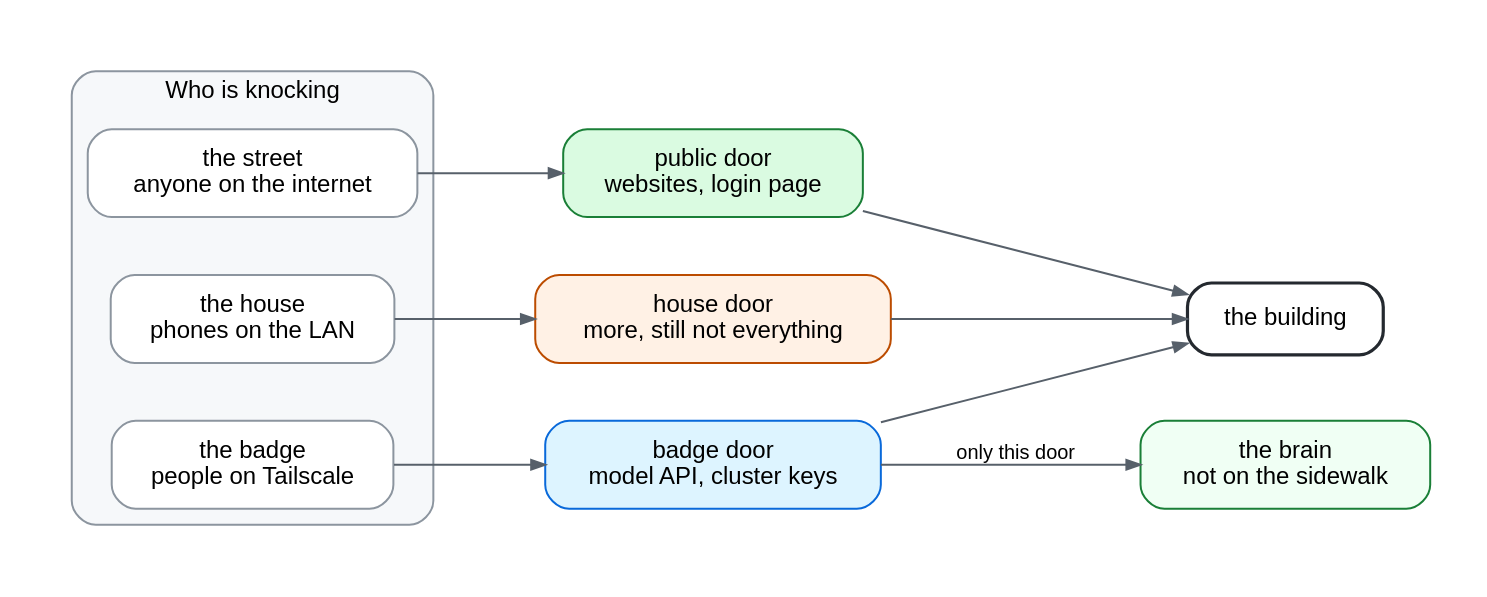
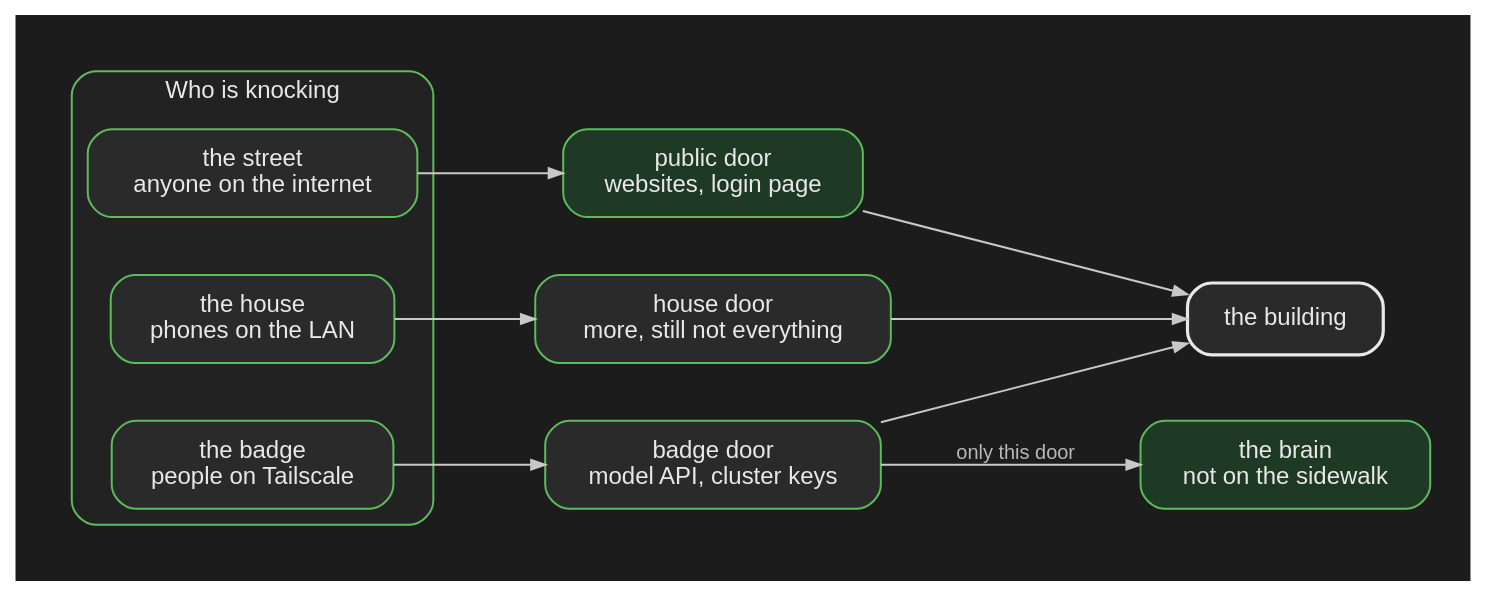
The diagram in content/post/self-hosting-an-ai-cdn/three-doors.dot (rajsinghtech/portfolio), drawn with Graphviz before and after one commit. The commit also changed 29 other files, not shown here.

First line of the commit message:
Dark-mode diagrams, city map cover, plus CNPG and Kopiur

```diff
--- a/content/post/self-hosting-an-ai-cdn/three-doors.dot
+++ b/content/post/self-hosting-an-ai-cdn/three-doors.dot
@@ -1,32 +1,33 @@
 digraph doors {
   graph [
-    rankdir=LR, splines=spline, bgcolor="#ffffff",
-    fontname="Helvetica", fontsize=12, pad=0.28, nodesep=0.4, ranksep=0.8
+    rankdir=LR, splines=spline, bgcolor="#1c1c1c",
+    fontname="Helvetica", fontsize=12, pad=0.28, nodesep=0.4, ranksep=0.8,
+    fontcolor="#e8e8e8"
   ];
   node [fontname="Helvetica", fontsize=12, shape=box, style="filled,rounded",
-        fillcolor="#ffffff", color="#8c959f", margin="0.20,0.12"];
-  edge [fontname="Helvetica", fontsize=10, color="#57606a", arrowsize=0.7];
+        fillcolor="#2a2a2a", color="#5dba5d", fontcolor="#e8e8e8", margin="0.20,0.12"];
+  edge [fontname="Helvetica", fontsize=10, color="#c8c8c8", fontcolor="#b8b8b8", arrowsize=0.7];
 
   subgraph cluster_who {
     label="Who is knocking";
-    style="rounded,filled"; fillcolor="#f6f8fa"; color="#8c959f"; fontsize=12;
+    style="rounded,filled"; fillcolor="#222222"; color="#5dba5d"; fontsize=12; fontcolor="#e8e8e8";
     internet [label="the street\nanyone on the internet"];
     lan [label="the house\nphones on the LAN"];
     tailnet [label="the badge\npeople on Tailscale"];
   }
 
-  street [label="public door\nwebsites, login page", fillcolor="#dafbe1", color="#1a7f37"];
-  house [label="house door\nmore, still not everything", fillcolor="#fff1e5", color="#bc4c00"];
-  badge [label="badge door\nmodel API, cluster keys", fillcolor="#ddf4ff", color="#0969da"];
+  street [label="public door\nwebsites, login page", fillcolor="#1e3a24", color="#5dba5d"];
+  house [label="house door\nmore, still not everything"];
+  badge [label="badge door\nmodel API, cluster keys"];
 
-  building [label="the building", fillcolor="#ffffff", color="#24292f", penwidth=1.6];
-  model [label="the brain\nnot on the sidewalk", fillcolor="#f0fff4", color="#1a7f37"];
+  building [label="the building", fillcolor="#2a2a2a", color="#e8e8e8", penwidth=1.6];
+  model [label="the brain\nnot on the sidewalk", fillcolor="#1e3a24", color="#5dba5d"];
 
   internet -> street;
   lan -> house;
   tailnet -> badge;
   street -> building;
   house -> building;
   badge -> building;
   badge -> model [label="only this door"];
 }
```
